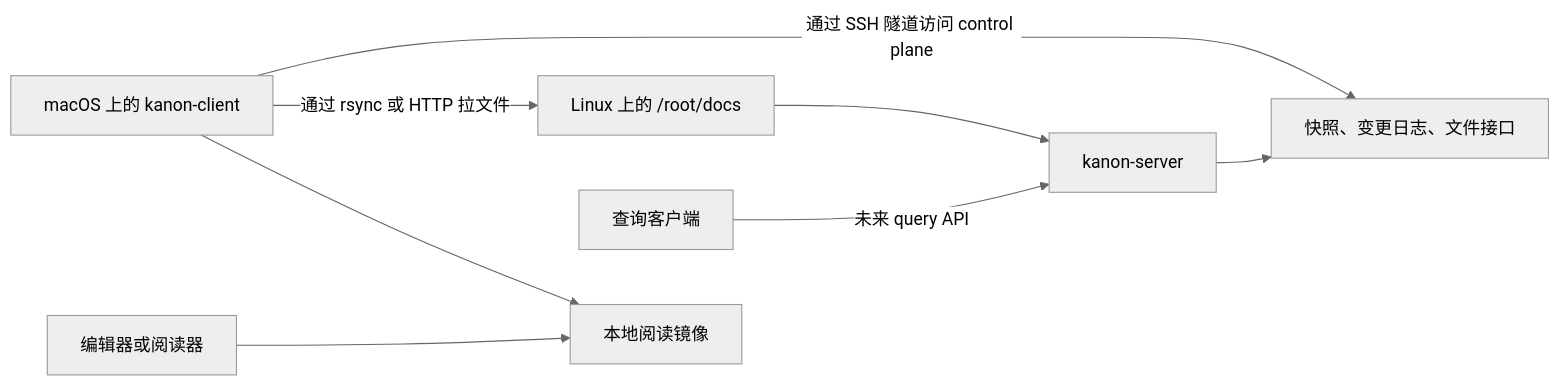
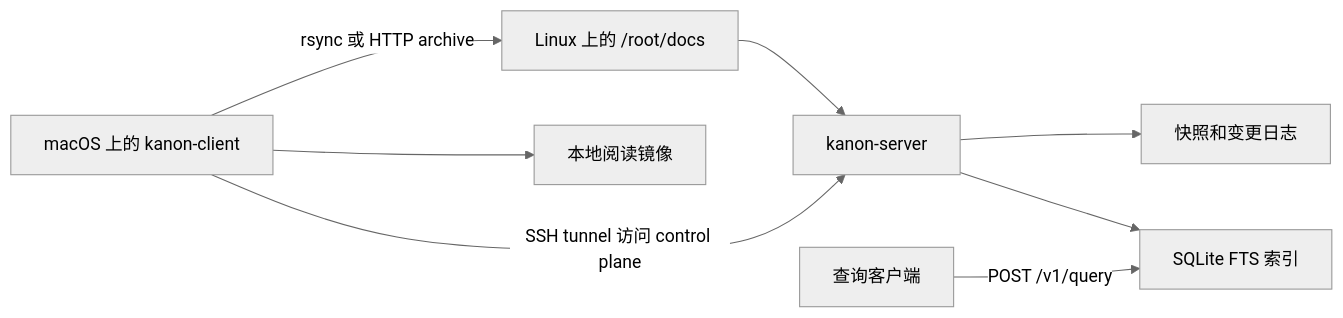
The diagram in README_zh.md (NolanHo/kanon), drawn with Mermaid (neutral theme) before and after one commit. The commit also changed other lines of this file and 2 other files, not shown here.

Commit message:
docs: align repository with kanon scope

````diff
--- a/README_zh.md
+++ b/README_zh.md
@@ -35,10 +33,10 @@
 ```mermaid
 flowchart LR
     A[Linux 上的 /root/docs] --> B[kanon-server]
-    B --> C[快照、变更日志、文件接口]
-    D[macOS 上的 kanon-client] -->|通过 SSH 隧道访问 control plane| C
-    D -->|通过 rsync 或 HTTP 拉文件| A
-    D --> E[本地阅读镜像]
-    F[编辑器或阅读器] --> E
-    G[查询客户端] -->|未来 query API| B
+    B --> C[快照和变更日志]
+    B --> D[SQLite FTS 索引]
+    E[查询客户端] -->|POST /v1/query| D
+    F[macOS 上的 kanon-client] -->|SSH tunnel 访问 control plane| B
+    F -->|rsync 或 HTTP archive| A
+    F --> G[本地阅读镜像]
 ```
````
